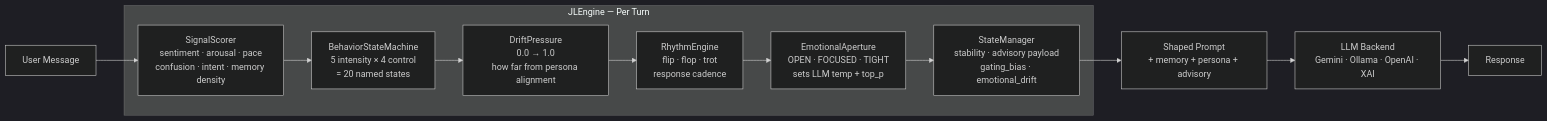
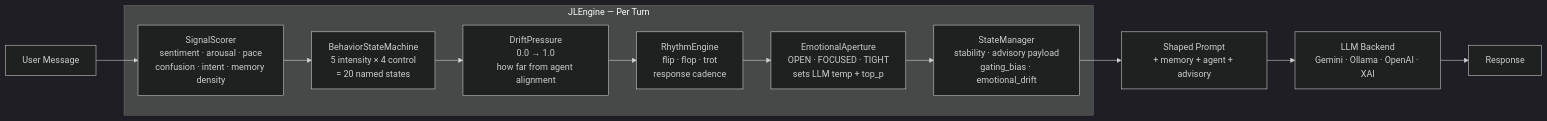
One commit to jaden688/JL_Engine-SB.Omni changed the second of 6 diagrams in README.md. Above: the diagram before and after it, drawn with Mermaid (dark theme). The commit also changed other lines of this file and 79 other files, not shown here.

First line of the commit message:
refactor: rename persona → agent throughout (code, paths, data, language)

````diff
--- a/README.md
+++ b/README.md
@@ -64,19 +64,19 @@
 ```mermaid
 flowchart LR
     MSG["User Message"] --> SIG
 
     subgraph PIPELINE["JLEngine — Per Turn"]
         SIG["SignalScorer\nsentiment · arousal · pace\nconfusion · intent · memory density"]
         BSM["BehaviorStateMachine\n5 intensity × 4 control\n= 20 named states"]
-        DRIFT["DriftPressure\n0.0 → 1.0\nhow far from persona alignment"]
+        DRIFT["DriftPressure\n0.0 → 1.0\nhow far from agent alignment"]
         RHYTHM["RhythmEngine\nflip · flop · trot\nresponse cadence"]
         APE["EmotionalAperture\nOPEN · FOCUSED · TIGHT\nsets LLM temp + top_p"]
         STATE["StateManager\nstability · advisory payload\ngating_bias · emotional_drift"]
     end
 
     SIG --> BSM --> DRIFT --> RHYTHM --> APE --> STATE
 
-    STATE --> PROMPT["Shaped Prompt\n+ memory + persona + advisory"]
+    STATE --> PROMPT["Shaped Prompt\n+ memory + agent + advisory"]
     PROMPT --> LLM["LLM Backend\nGemini · Ollama · OpenAI · XAI"]
     LLM --> RESPONSE["Response"]
 ```
````
